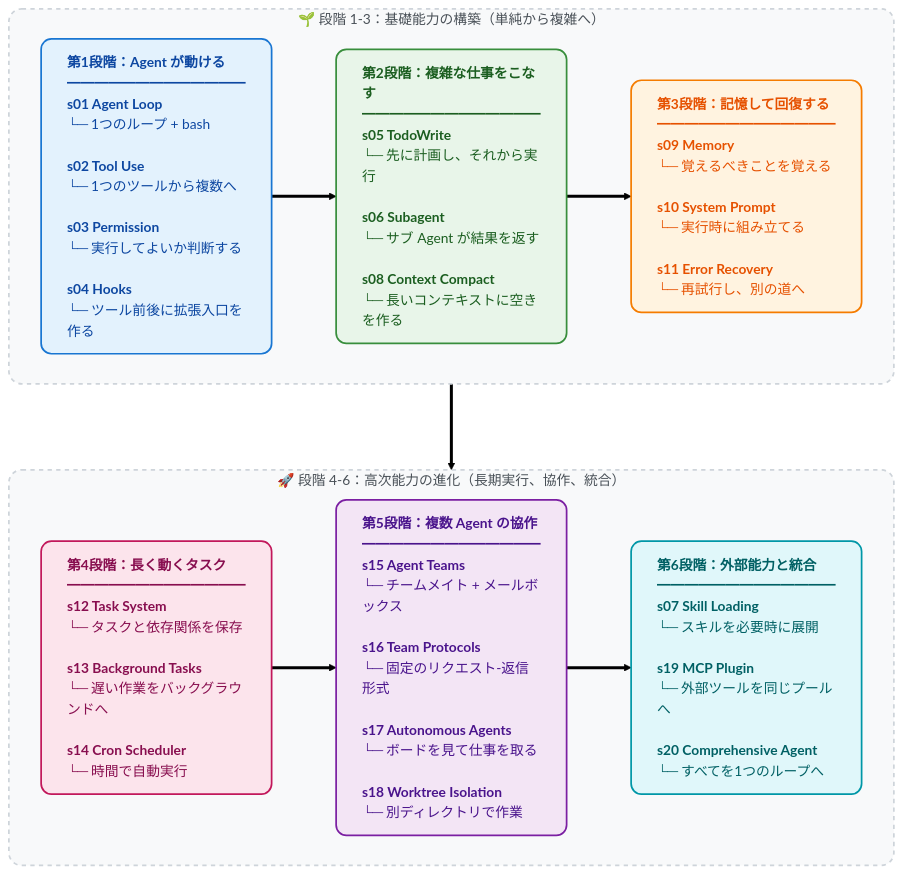
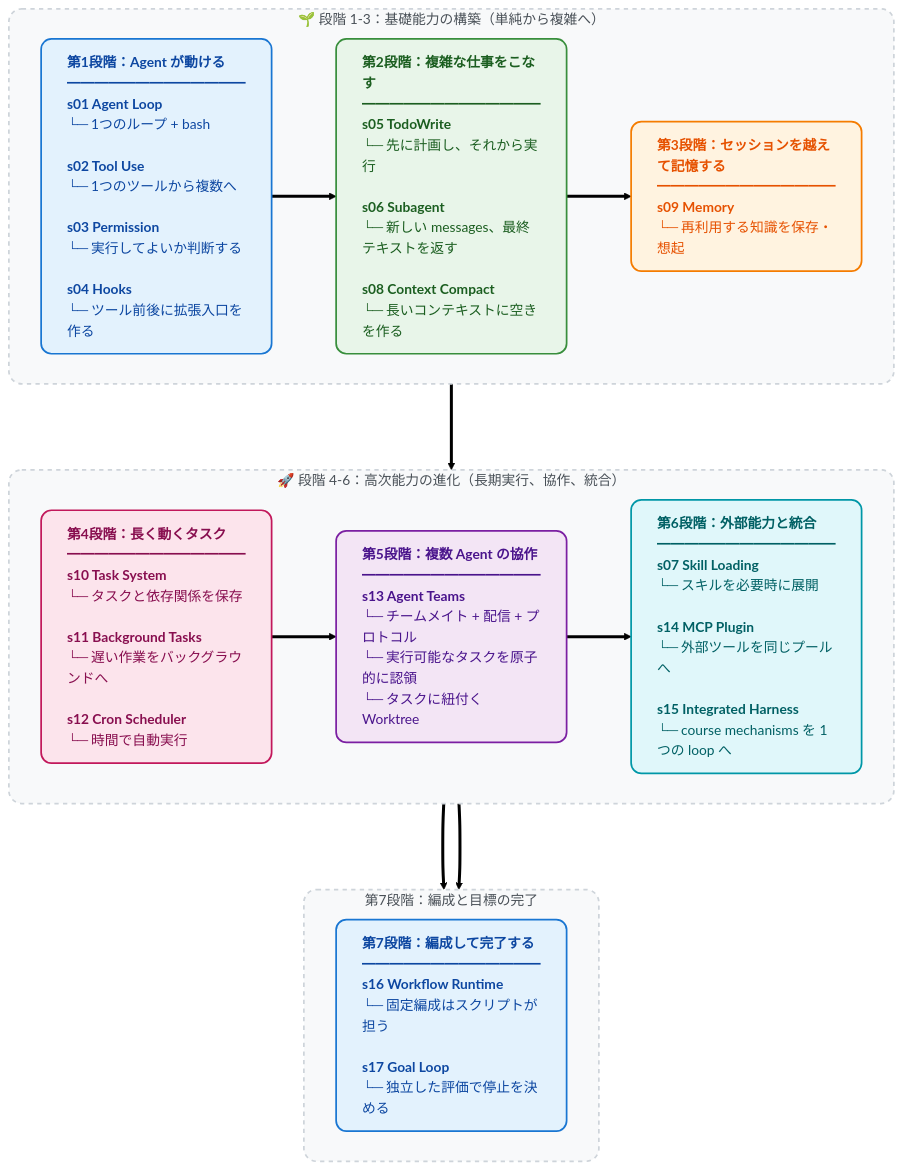
One commit to FreeWillDeveloper/forward changed the diagram in ai/ForwardAI-learn-claude-code/README-ja.md. Above: the diagram before and after it, drawn with Mermaid (forest theme). The commit also changed other lines of this file and 246 other files, not shown here.

````diff
--- a/ai/ForwardAI-learn-claude-code/README-ja.md
+++ b/ai/ForwardAI-learn-claude-code/README-ja.md
@@ -313,42 +298,49 @@
 ```mermaid
 flowchart TD
     %% カードスタイル
     classDef stage1 fill:#E3F2FD,stroke:#1976D2,stroke-width:2px,color:#0D47A1,rx:12,ry:12,text-align:left
     classDef stage2 fill:#E8F5E9,stroke:#388E3C,stroke-width:2px,color:#1B5E20,rx:12,ry:12,text-align:left
     classDef stage3 fill:#FFF3E0,stroke:#F57C00,stroke-width:2px,color:#E65100,rx:12,ry:12,text-align:left
     classDef stage4 fill:#FCE4EC,stroke:#C2185b,stroke-width:2px,color:#880E4F,rx:12,ry:12,text-align:left
     classDef stage5 fill:#F3E5F5,stroke:#7B1FA2,stroke-width:2px,color:#4A148C,rx:12,ry:12,text-align:left
     classDef stage6 fill:#E0F7FA,stroke:#0097A7,stroke-width:2px,color:#006064,rx:12,ry:12,text-align:left
 
     %% 背景スタイル
     classDef groupBox fill:#F8F9FA,stroke:#CED4DA,stroke-width:2px,stroke-dasharray: 5 5,rx:15,ry:15,color:#495057
 
     %% 第1層：1-3段階
     subgraph Phase1 ["🌱 段階 1-3：基礎能力の構築（単純から複雑へ）"]
         direction LR
         S1["<b>第1段階：Agent が動ける</b><br/>━━━━━━━━━━━━━<br/><b>s01 Agent Loop</b><br/>└─ 1つのループ + bash<br/><br/><b>s02 Tool Use</b><br/>└─ 1つのツールから複数へ<br/><br/><b>s03 Permission</b><br/>└─ 実行してよいか判断する<br/><br/><b>s04 Hooks</b><br/>└─ ツール前後に拡張入口を作る"]:::stage1
 
-        S2["<b>第2段階：複雑な仕事をこなす</b><br/>━━━━━━━━━━━━━<br/><b>s05 TodoWrite</b><br/>└─ 先に計画し、それから実行<br/><br/><b>s06 Subagent</b><br/>└─ サブ Agent が結果を返す<br/><br/><b>s08 Context Compact</b><br/>└─ 長いコンテキストに空きを作る"]:::stage2
+        S2["<b>第2段階：複雑な仕事をこなす</b><br/>━━━━━━━━━━━━━<br/><b>s05 TodoWrite</b><br/>└─ 先に計画し、それから実行<br/><br/><b>s06 Subagent</b><br/>└─ 新しい messages、最終テキストを返す<br/><br/><b>s08 Context Compact</b><br/>└─ 長いコンテキストに空きを作る"]:::stage2
 
-        S3["<b>第3段階：記憶して回復する</b><br/>━━━━━━━━━━━━━<br/><b>s09 Memory</b><br/>└─ 覚えるべきことを覚える<br/><br/><b>s10 System Prompt</b><br/>└─ 実行時に組み立てる<br/><br/><b>s11 Error Recovery</b><br/>└─ 再試行し、別の道へ"]:::stage3
+        S3["<b>第3段階：セッションを越えて記憶する</b><br/>━━━━━━━━━━━━━<br/><b>s09 Memory</b><br/>└─ 再利用する知識を保存・想起"]:::stage3
 
         S1 ==> S2 ==> S3
     end
 
     %% 第2層：4-6段階
     subgraph Phase2 ["🚀 段階 4-6：高次能力の進化（長期実行、協作、統合）"]
         direction LR
-        S4["<b>第4段階：長く動くタスク</b><br/>━━━━━━━━━━━━━<br/><b>s12 Task System</b><br/>└─ タスクと依存関係を保存<br/><br/><b>s13 Background Tasks</b><br/>└─ 遅い作業をバックグラウンドへ<br/><br/><b>s14 Cron Scheduler</b><br/>└─ 時間で自動実行"]:::stage4
+        S4["<b>第4段階：長く動くタスク</b><br/>━━━━━━━━━━━━━<br/><b>s10 Task System</b><br/>└─ タスクと依存関係を保存<br/><br/><b>s11 Background Tasks</b><br/>└─ 遅い作業をバックグラウンドへ<br/><br/><b>s12 Cron Scheduler</b><br/>└─ 時間で自動実行"]:::stage4
 
-        S5["<b>第5段階：複数 Agent の協作</b><br/>━━━━━━━━━━━━━<br/><b>s15 Agent Teams</b><br/>└─ チームメイト + メールボックス<br/><br/><b>s16 Team Protocols</b><br/>└─ 固定のリクエスト-返信形式<br/><br/><b>s17 Autonomous Agents</b><br/>└─ ボードを見て仕事を取る<br/><br/><b>s18 Worktree Isolation</b><br/>└─ 別ディレクトリで作業"]:::stage5
+        S5["<b>第5段階：複数 Agent の協作</b><br/>━━━━━━━━━━━━━<br/><b>s13 Agent Teams</b><br/>└─ チームメイト + 配信 + プロトコル<br/>└─ 実行可能なタスクを原子的に認領<br/>└─ タスクに紐付く Worktree"]:::stage5
 
-        S6["<b>第6段階：外部能力と統合</b><br/>━━━━━━━━━━━━━<br/><b>s07 Skill Loading</b><br/>└─ スキルを必要時に展開<br/><br/><b>s19 MCP Plugin</b><br/>└─ 外部ツールを同じプールへ<br/><br/><b>s20 Comprehensive Agent</b><br/>└─ すべてを1つのループへ"]:::stage6
+        S6["<b>第6段階：外部能力と統合</b><br/>━━━━━━━━━━━━━<br/><b>s07 Skill Loading</b><br/>└─ スキルを必要時に展開<br/><br/><b>s14 MCP Plugin</b><br/>└─ 外部ツールを同じプールへ<br/><br/><b>s15 Integrated Harness</b><br/>└─ course mechanisms を 1 つの loop へ"]:::stage6
 
         S4 ==> S5 ==> S6
     end
 
-    %% 2つの層を接続
-    Phase1 ===> Phase2
+    %% 第3層：編成と目標の完了
+    subgraph Phase3 ["第7段階：編成と目標の完了"]
+        direction LR
+        S7["<b>第7段階：編成して完了する</b><br/>━━━━━━━━━━━━━<br/><b>s16 Workflow Runtime</b><br/>└─ 固定編成はスクリプトが担う<br/><br/><b>s17 Goal Loop</b><br/>└─ 独立した評価で停止を決める"]:::stage1
+        S6 ==> S7
+    end
 
-    class Phase1,Phase2 groupBox
+    %% 3つの層を接続
+    Phase1 ===> Phase2 ===> Phase3
+
+    class Phase1,Phase2,Phase3 groupBox
 ```
````
